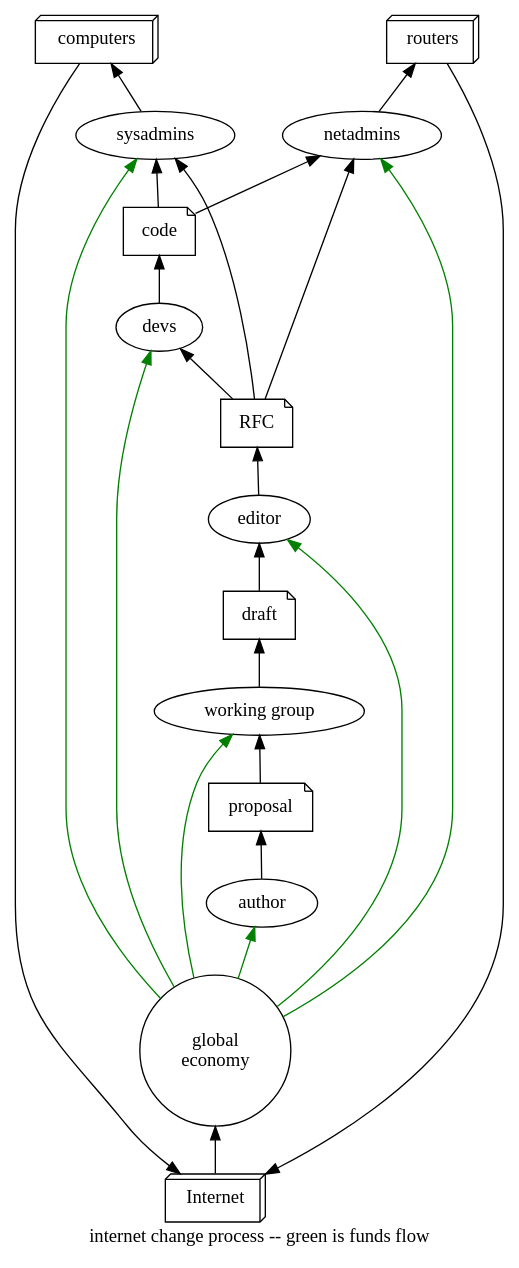
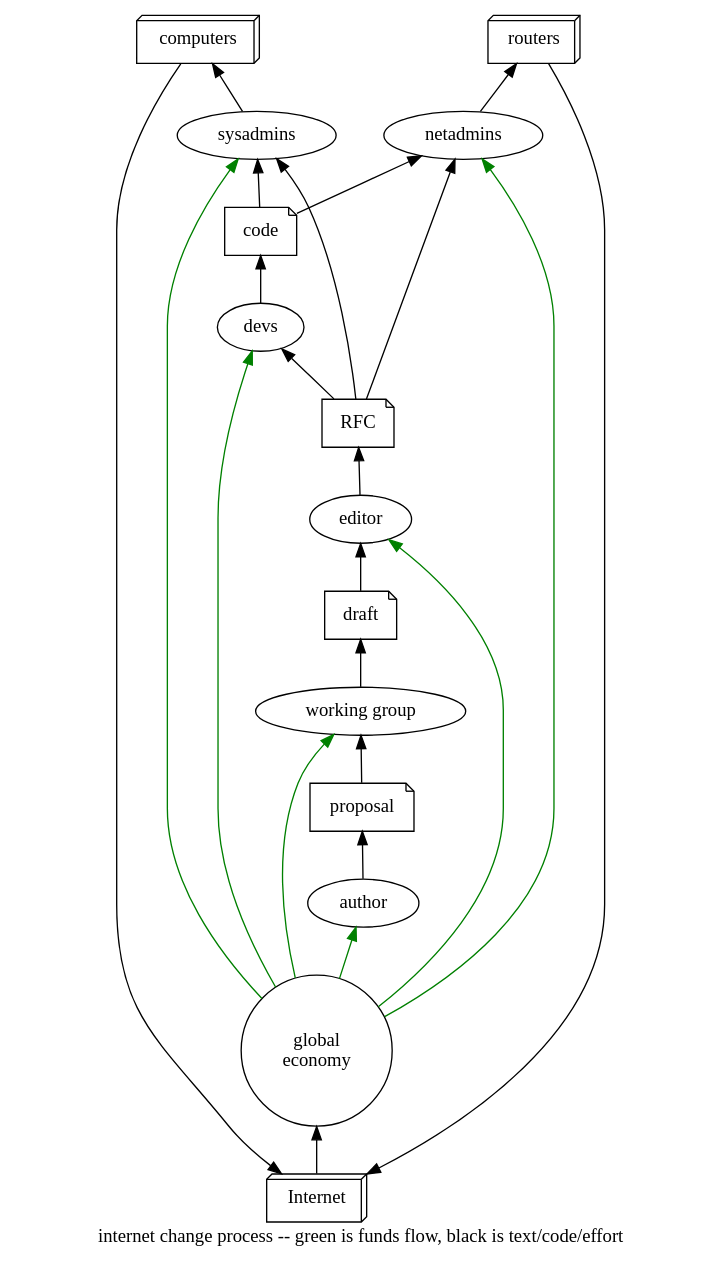
One commit to ciwg/cswg changed the diagram in content/docs/change/internet.dot. Above: the diagram before and after it, drawn with Graphviz. The commit also changed 7 other files, not shown here.

First line of the commit message:
add oss and nom-2016 change graphs

```diff
--- a/content/docs/change/internet.dot
+++ b/content/docs/change/internet.dot
@@ -1,40 +1,41 @@
 digraph change_internet {
     rankdir=BT;
-    label="internet change process -- green is funds flow"
+    label="internet change process -- green is funds flow, black is text/code/effort"
+    // size="6,9";
 
     net [label="Internet"];
     wg [label="working group"]
-    eco [label="global\neconomy"]
+    eco [label="global\neconomy", shape=circle]
     proposal [shape=note];
     draft [shape=note];
     RFC [shape=note];
     code [shape=note];
     computers [shape=box3d]
     routers [shape=box3d]
     net [shape=box3d]
     eco [shape=circle]
 
     author -> proposal;
     proposal -> wg;
     wg -> draft;
     draft -> editor;
     editor -> RFC;
     RFC -> devs;
     devs -> code;
     code -> sysadmins;
     code -> netadmins;
     RFC -> sysadmins;
     RFC -> netadmins;
     sysadmins -> computers;
     netadmins -> routers;
     computers -> net;
     routers -> net;
     net -> eco;
 
     eco -> author[color=green];
     eco -> wg[color=green];
     eco -> editor[color=green];
     eco -> devs[color=green];
     eco -> sysadmins[color=green];
     eco -> netadmins[color=green];
 }
```
